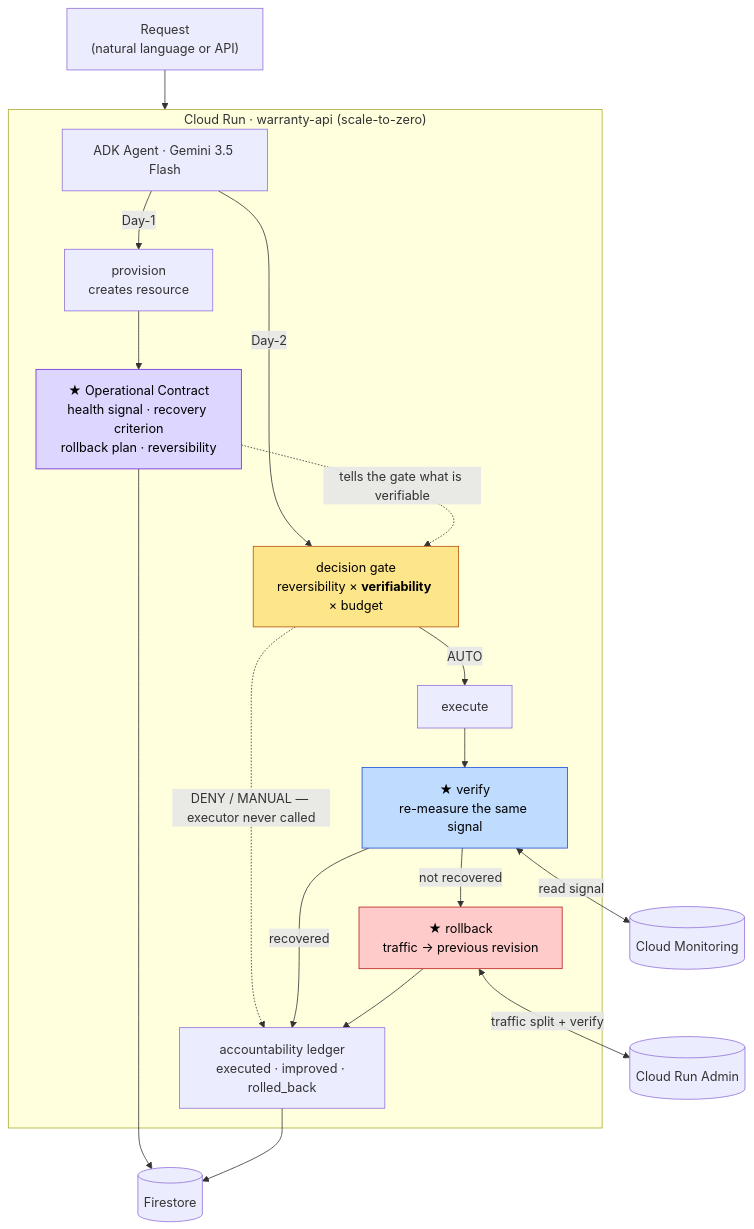
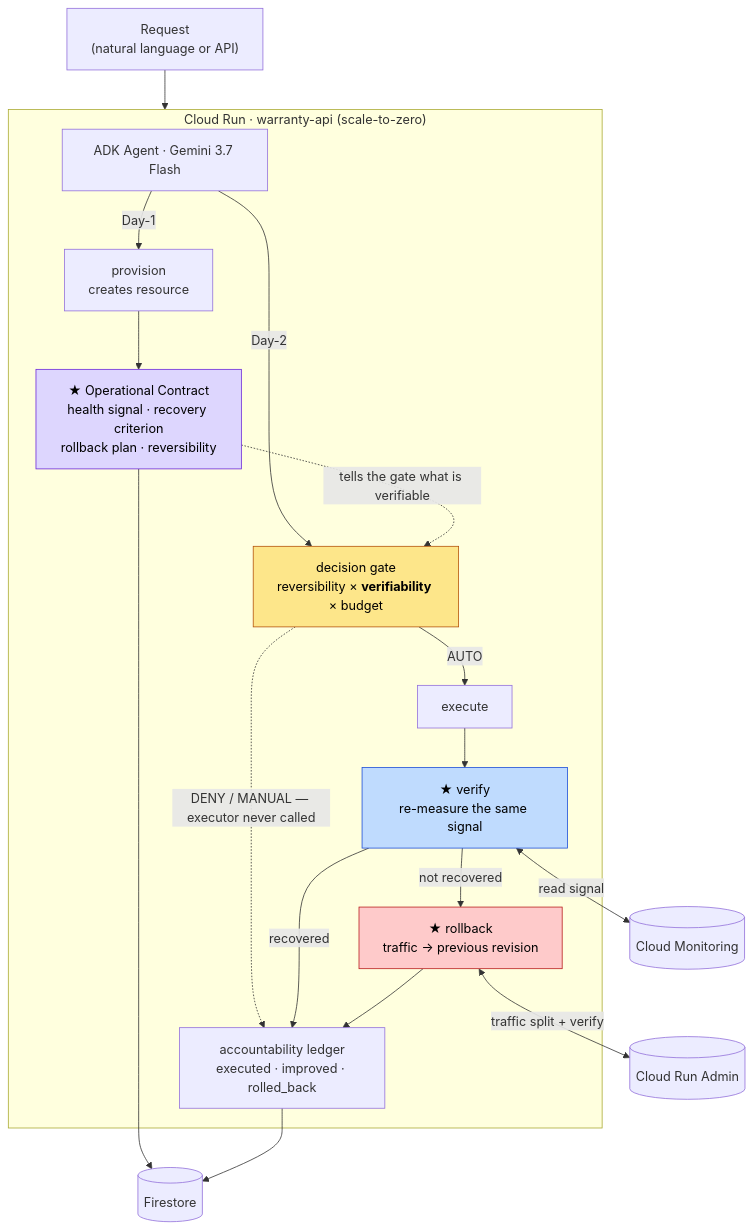
One commit to men16922/warranty-agent changed the first of 4 diagrams in docs/OVERVIEW.md. Above: the diagram before and after it, drawn with Mermaid. The commit also changed other lines of this file and 6 other files, not shown here.

First line of the commit message:
feat(model): 요건이 바뀐 게 아니라 우리가 고른 값이 바뀌었다 — Gemini 3.7 Flash

````diff
--- a/docs/OVERVIEW.md
+++ b/docs/OVERVIEW.md
@@ -62,34 +62,34 @@
 ```mermaid
 flowchart TB
     NL["Request<br/>(natural language or API)"] --> RUN
 
     subgraph RUN["Cloud Run · warranty-api  (scale-to-zero)"]
-        AGENT["ADK Agent · Gemini 3.5 Flash"]
+        AGENT["ADK Agent · Gemini 3.7 Flash"]
         PROV["provision<br/>creates resource"]
         CONTRACT["★ Operational Contract<br/>health signal · recovery criterion<br/>rollback plan · reversibility"]
         GATE["decision gate<br/>reversibility × <b>verifiability</b> × budget"]
         EXEC["execute"]
         VERIFY["★ verify<br/>re-measure the same signal"]
         RB["★ rollback<br/>traffic → previous revision"]
         LED["accountability ledger<br/>executed · improved · rolled_back"]
 
         AGENT -->|Day-1| PROV --> CONTRACT
         AGENT -->|Day-2| GATE
         CONTRACT -.->|"tells the gate what is verifiable"| GATE
         GATE -->|AUTO| EXEC
         GATE -.->|"DENY / MANUAL — executor never called"| LED
         EXEC --> VERIFY
         VERIFY -->|recovered| LED
         VERIFY -->|not recovered| RB --> LED
     end
 
     CONTRACT --> FS[("Firestore")]
     LED --> FS
     VERIFY <-->|read signal| CM[("Cloud Monitoring")]
     RB <-->|traffic split + verify| CR[("Cloud Run Admin")]
 
     style CONTRACT fill:#ddd6fe,stroke:#6d28d9,color:#000
     style GATE fill:#fde68a,stroke:#b45309,color:#000
     style VERIFY fill:#bfdbfe,stroke:#1d4ed8,color:#000
     style RB fill:#fecaca,stroke:#b91c1c,color:#000
 ```
````
